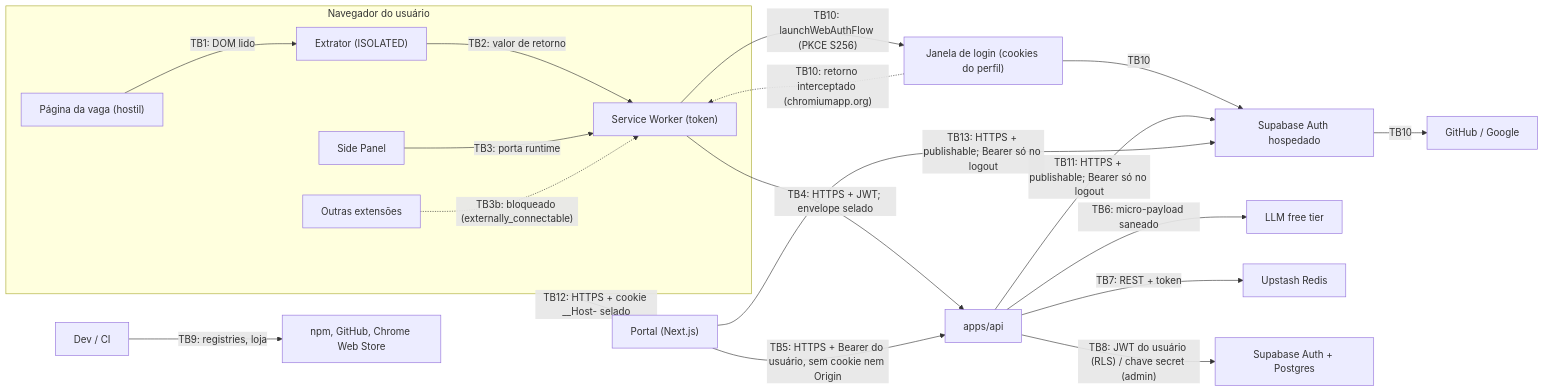
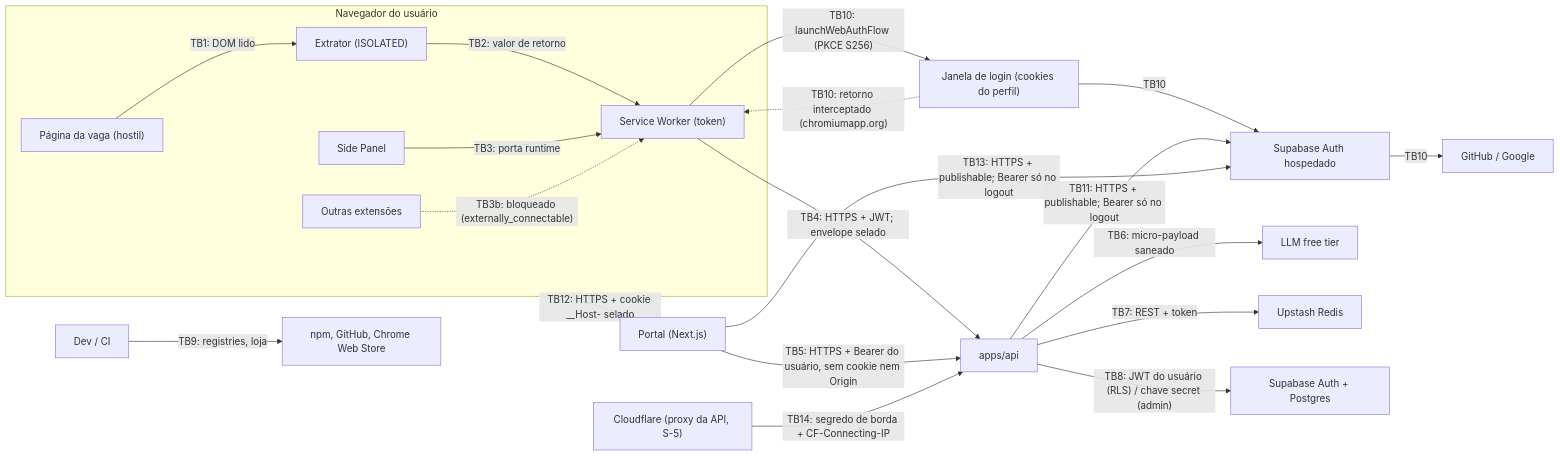
The diagram in docs/arquitetura/threat-model.md (PatrickSouzaL/trampo.app), drawn with Mermaid before and after one commit. The commit also changed other lines of this file and 7 other files, not shown here.

First line of the commit message:
docs: hosting design for the portal and the API (ADR-030, proposed), edge trust boundary and threats T53 and T54

````diff
--- a/docs/arquitetura/threat-model.md
+++ b/docs/arquitetura/threat-model.md
@@ -147,22 +147,23 @@
 ```mermaid
 flowchart LR
   subgraph NAV["Navegador do usuário"]
     PAGE["Página da vaga (hostil)"] -- "TB1: DOM lido" --> EXTR["Extrator (ISOLATED)"]
     EXTR -- "TB2: valor de retorno" --> SW["Service Worker (token)"]
     SP["Side Panel"] -- "TB3: porta runtime" --> SW
     OTH["Outras extensões"] -. "TB3b: bloqueado (externally_connectable)" .-> SW
   end
   SW -- "TB10: launchWebAuthFlow (PKCE S256)" --> WIN["Janela de login (cookies do perfil)"]
   WIN -- "TB10" --> SBA["Supabase Auth hospedado"]
   SBA -- "TB10" --> IDP["GitHub / Google"]
   WIN -. "TB10: retorno interceptado (chromiumapp.org)" .-> SW
   SW -- "TB4: HTTPS + JWT; envelope selado" --> API["apps/api"]
   API -- "TB11: HTTPS + publishable; Bearer só no logout" --> SBA
   PORTAL["Portal (Next.js)"] -- "TB5: HTTPS + Bearer do usuário, sem cookie nem Origin" --> API
   NAV["Navegador do usuário"] -- "TB12: HTTPS + cookie __Host- selado" --> PORTAL
   PORTAL -- "TB13: HTTPS + publishable; Bearer só no logout" --> SBA
   API -- "TB6: micro-payload saneado" --> LLM["LLM free tier"]
   API -- "TB7: REST + token" --> REDIS["Upstash Redis"]
   API -- "TB8: JWT do usuário (RLS) / chave secret (admin)" --> SB["Supabase Auth + Postgres"]
+  EDGE["Cloudflare (proxy da API, S-5)"] -- "TB14: segredo de borda + CF-Connecting-IP" --> API
   DEV["Dev / CI"] -- "TB9: registries, loja" --> SUP["npm, GitHub, Chrome Web Store"]
 ```
````
